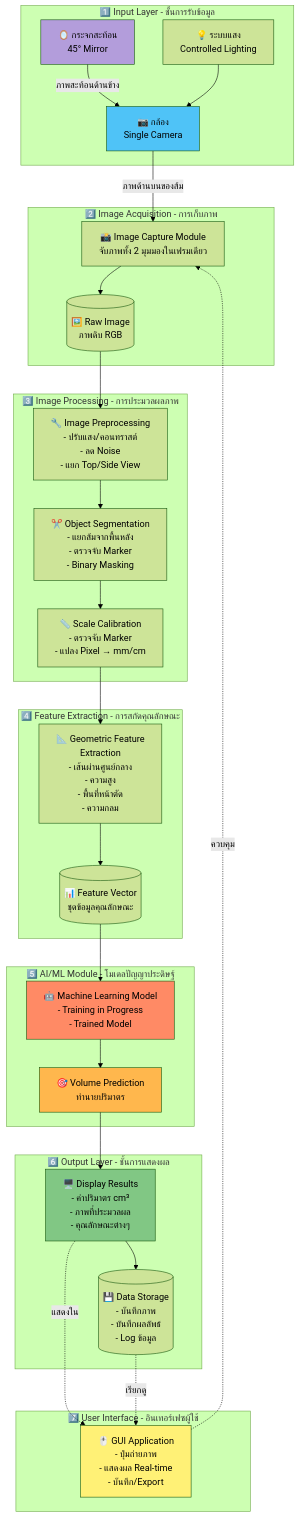
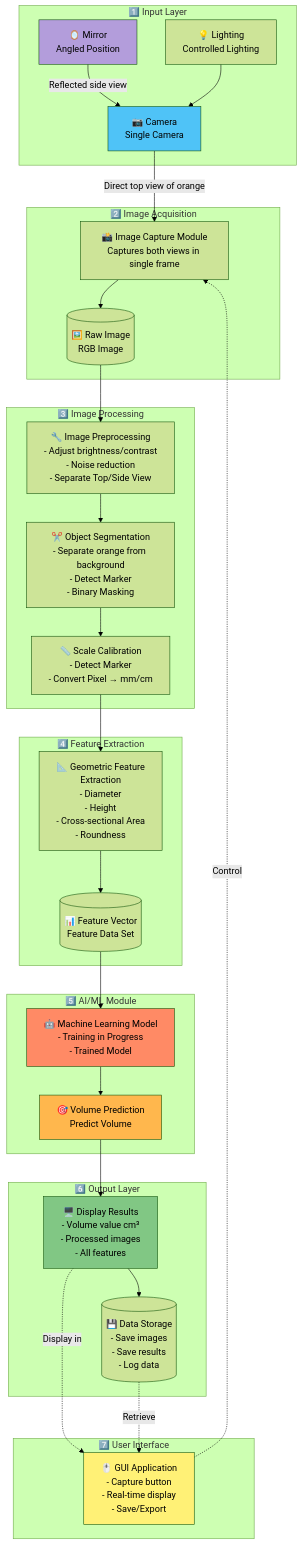
Before and after one commit to MyFirstKiss/test-project: the diagram in DVOR_SystemArchitecture.md, drawn with Mermaid (forest theme). The commit also changed other lines of this file and 3 other files, not shown here.

Commit message:
Convert all diagrams to English and fix remaining 45 reference

````diff
--- a/DVOR_SystemArchitecture.md
+++ b/DVOR_SystemArchitecture.md
@@ -3,70 +3,70 @@
 ```mermaid
 graph TB
-    subgraph "1️⃣ Input Layer - ชั้นการรับข้อมูล"
-        Camera[📷 กล้อง<br/>Single Camera]
-        Mirror[🪞 กระจกสะท้อน<br/>45° Mirror]
-        Light[💡 ระบบแสง<br/>Controlled Lighting]
+    subgraph "1️⃣ Input Layer"
+        Camera[📷 Camera<br/>Single Camera]
+        Mirror[🪞 Mirror<br/>Angled Position]
+        Light[💡 Lighting<br/>Controlled Lighting]
     end
     
-    subgraph "2️⃣ Image Acquisition - การเก็บภาพ"
-        Capture[📸 Image Capture Module<br/>จับภาพทั้ง 2 มุมมองในเฟรมเดียว]
-        RawImage[(🖼️ Raw Image<br/>ภาพดิบ RGB)]
+    subgraph "2️⃣ Image Acquisition"
+        Capture[📸 Image Capture Module<br/>Captures both views in single frame]
+        RawImage[(🖼️ Raw Image<br/>RGB Image)]
     end
     
-    subgraph "3️⃣ Image Processing - การประมวลผลภาพ"
-        Preprocessing[🔧 Image Preprocessing<br/>- ปรับแสง/คอนทราสต์<br/>- ลด Noise<br/>- แยก Top/Side View]
-        Segmentation[✂️ Object Segmentation<br/>- แยกส้มจากพื้นหลัง<br/>- ตรวจจับ Marker<br/>- Binary Masking]
-        Calibration[📏 Scale Calibration<br/>- ตรวจจับ Marker<br/>- แปลง Pixel → mm/cm]
+    subgraph "3️⃣ Image Processing"
+        Preprocessing[🔧 Image Preprocessing<br/>- Adjust brightness/contrast<br/>- Noise reduction<br/>- Separate Top/Side View]
+        Segmentation[✂️ Object Segmentation<br/>- Separate orange from background<br/>- Detect Marker<br/>- Binary Masking]
+        Calibration[📏 Scale Calibration<br/>- Detect Marker<br/>- Convert Pixel → mm/cm]
     end
     
-    subgraph "4️⃣ Feature Extraction - การสกัดคุณลักษณะ"
-        GeometricFE[📐 Geometric Feature<br/>Extraction<br/>- เส้นผ่านศูนย์กลาง<br/>- ความสูง<br/>- พื้นที่หน้าตัด<br/>- ความกลม]
-        FeatureVector[(📊 Feature Vector<br/>ชุดข้อมูลคุณลักษณะ)]
+    subgraph "4️⃣ Feature Extraction"
+        GeometricFE[📐 Geometric Feature<br/>Extraction<br/>- Diameter<br/>- Height<br/>- Cross-sectional Area<br/>- Roundness]
+        FeatureVector[(📊 Feature Vector<br/>Feature Data Set)]
     end
     
-    subgraph "5️⃣ AI/ML Module - โมเดลปัญญาประดิษฐ์"
+    subgraph "5️⃣ AI/ML Module"
         MLModel[🤖 Machine Learning Model<br/>- Training in Progress<br/>- Trained Model]
-        Prediction[🎯 Volume Prediction<br/>ทำนายปริมาตร]
+        Prediction[🎯 Volume Prediction<br/>Predict Volume]
     end
     
-    subgraph "6️⃣ Output Layer - ชั้นการแสดงผล"
-        Display[🖥️ Display Results<br/>- ค่าปริมาตร cm³<br/>- ภาพที่ประมวลผล<br/>- คุณลักษณะต่างๆ]
-        Storage[(💾 Data Storage<br/>- บันทึกภาพ<br/>- บันทึกผลลัพธ์<br/>- Log ข้อมูล)]
+    subgraph "6️⃣ Output Layer"
+        Display[🖥️ Display Results<br/>- Volume value cm³<br/>- Processed images<br/>- All features]
+        Storage[(💾 Data Storage<br/>- Save images<br/>- Save results<br/>- Log data)]
     end
     
-    subgraph "7️⃣ User Interface - อินเทอร์เฟซผู้ใช้"
-        GUI[🖱️ GUI Application<br/>- ปุ่มถ่ายภาพ<br/>- แสดงผล Real-time<br/>- บันทึก/Export]
+    subgraph "7️⃣ User Interface"
+        GUI[🖱️ GUI Application<br/>- Capture button<br/>- Real-time display<br/>- Save/Export]
     end
     
     %% Connections
-    Camera -->|ภาพด้านบนของส้ม| Capture
-    Mirror -->|ภาพสะท้อนด้านข้าง| Camera
+    Camera -->|Direct top view of orange| Capture
+    Mirror -->|Reflected side view| Camera
     Light --> Camera
     
     Capture --> RawImage
     RawImage --> Preprocessing
     
     Preprocessing --> Segmentation
     Segmentation --> Calibration
     
     Calibration --> GeometricFE
     GeometricFE --> FeatureVector
     
     FeatureVector --> MLModel
     MLModel --> Prediction
     
     Prediction --> Display
     Display --> Storage
     
-    GUI -.->|ควบคุม| Capture
-    Display -.->|แสดงใน| GUI
-    Storage -.->|เรียกดู| GUI
+    GUI -.->|Control| Capture
+    Display -.->|Display in| GUI
+    Storage -.->|Retrieve| GUI
     
     %% Styling
     style Camera fill:#4fc3f7
     style Mirror fill:#b39ddb
     style MLModel fill:#ff8a65
     style Prediction fill:#ffb74d
     style Display fill:#81c784
     style GUI fill:#fff176
 ```
````
